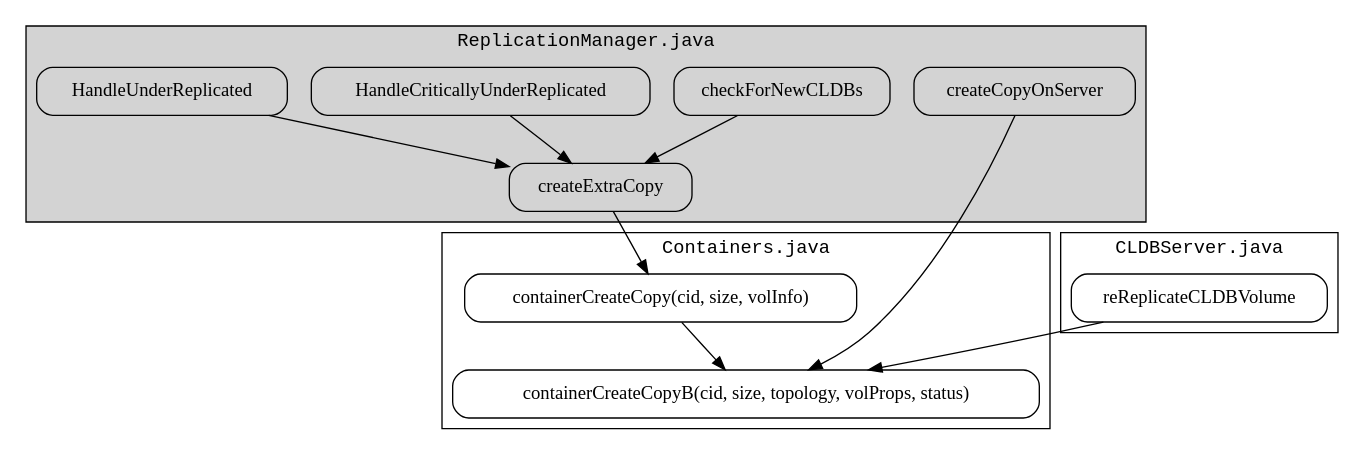
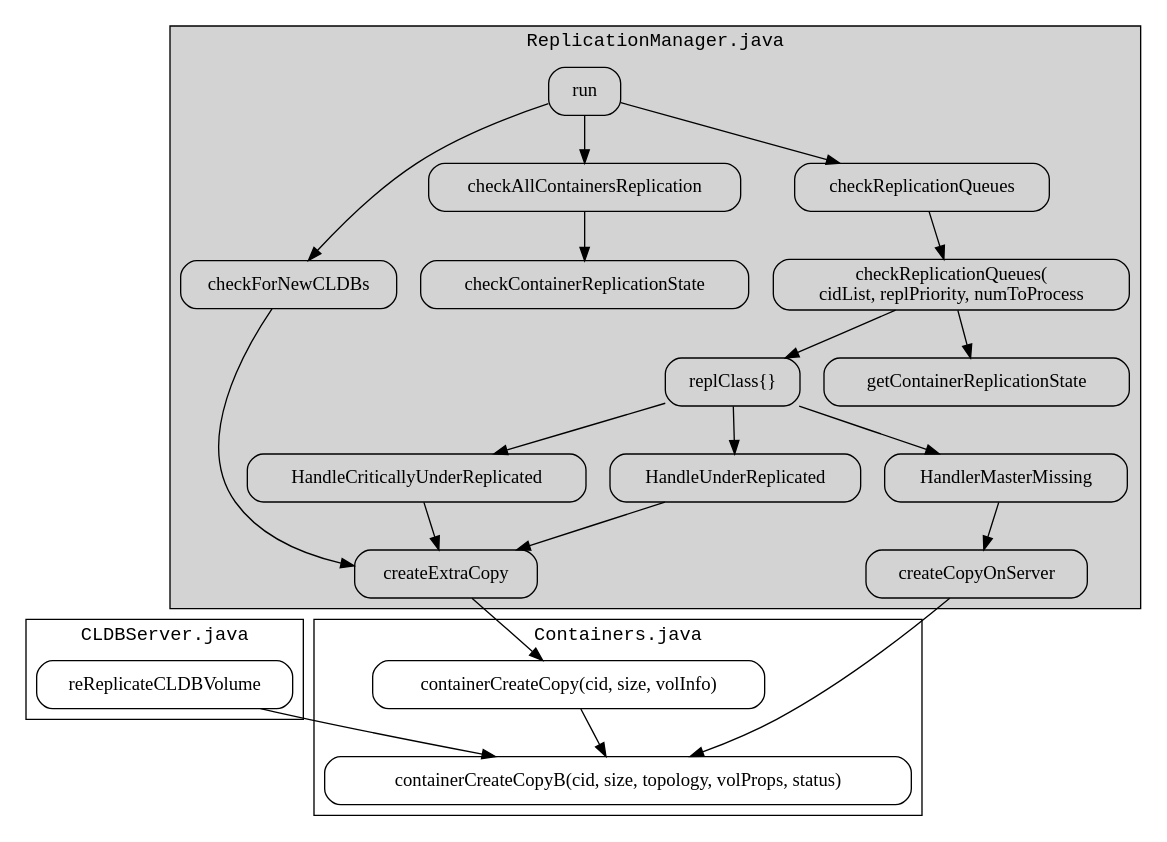
The diagram in cldb/codeflow/cldb.dot (pboddupalli/work-documentation), drawn with Graphviz before and after one commit.

Commit message:
Changes to include more relationships

```diff
--- a/cldb/codeflow/cldb.dot
+++ b/cldb/codeflow/cldb.dot
@@ -1,33 +1,45 @@
 digraph G {
 	compound = false;
 	fontname = "Courier";
 	node [shape="box",style="rounded"];
 
 	subgraph cluster_0 {
 		label = "ReplicationManager.java";
 		style = "filled";
 
-		createCopyOnServer;
+		HandlerMasterMissing -> createCopyOnServer;
+		run -> checkForNewCLDBs;
+		run -> checkAllContainersReplication -> checkContainerReplicationState;
 		checkForNewCLDBs -> createExtraCopy;
 		HandleCriticallyUnderReplicated -> createExtraCopy;
 		HandleUnderReplicated -> createExtraCopy;
+		checkReplicationQueuesB -> getContainerReplicationState;
+		checkReplicationQueuesB -> replClass;
+		replClass -> HandlerMasterMissing;
+		replClass -> HandleCriticallyUnderReplicated;
+		replClass -> HandleUnderReplicated;
+
+		run -> checkReplicationQueues;
+		checkReplicationQueues -> checkReplicationQueuesB;
+		checkReplicationQueuesB[label="checkReplicationQueues(\ncidList, replPriority, numToProcess"];
+		replClass[label="replClass{}"];
 	}
 
 	subgraph cluster_1 {
 		label = "Containers.java"
 
 		containerCreateCopyA -> containerCreateCopyB;
 		containerCreateCopyA[label = "containerCreateCopy(cid, size, volInfo)"];
 		containerCreateCopyB[label = "containerCreateCopyB(cid, size, topology, volProps, status)"];
 	}
 
 	subgraph cluster_2 {
 		label = "CLDBServer.java"
 
 		reReplicateCLDBVolume[label="reReplicateCLDBVolume"]		
 	}
 
 	createCopyOnServer -> containerCreateCopyB;
 	createExtraCopy -> containerCreateCopyA;
 	reReplicateCLDBVolume -> containerCreateCopyB;
 }
```
